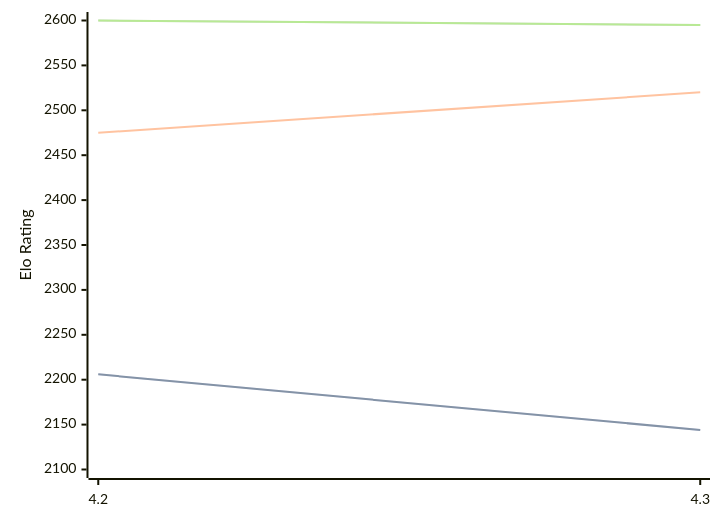
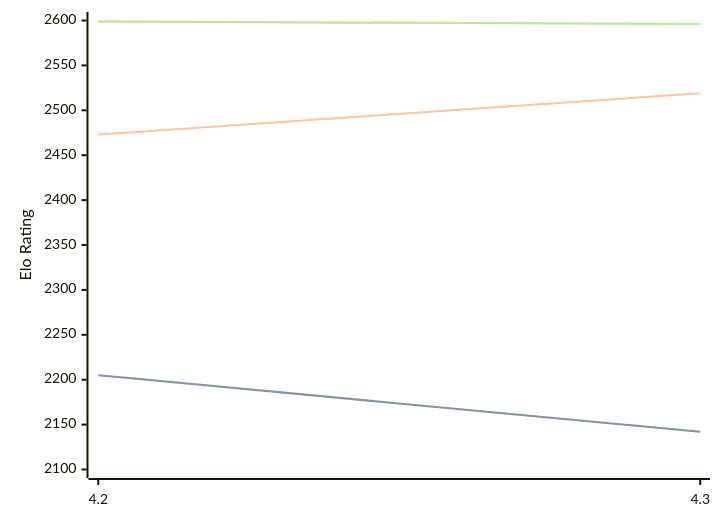
One commit to computer-chess-index/cci changed the diagram in engines/Eubos.md. Above: the diagram before and after it, drawn with Mermaid. The commit also changed other lines of this file, not shown here.

Commit message:
Update CCI Ratings (ELO VLTC) - 2026-03-07

````diff
--- a/engines/Eubos.md
+++ b/engines/Eubos.md
@@ -86,11 +86,11 @@
 ```mermaid
 %%{init: {"theme":"base","themeVariables":{"seriesColors:['#a3a3a3','#222221','#faa371']}}}%%
 xychart-beta
   x-axis ["4.2", "4.3"]
   y-axis "Elo Rating" 2100 --> 2600
-  line "STC (8.0+0.08s)" [2206, 2144]
-  line "STC (8.0+0.08s)" [2206, 2144]
-  line "LTC (60.0+0.60s)" [2475, 2520]
-  line "VLTC (2m24s+1.12s)" [2600, 2595]
-  line "VLTC (2m24s+1.12s)" [2600, 2595]
+  line "STC (8.0+0.08s)" [2205, 2142]
+  line "STC (8.0+0.08s)" [2205, 2142]
+  line "LTC (60.0+0.60s)" [2473, 2519]
+  line "VLTC (2m24s+1.12s)" [2599, 2596]
+  line "VLTC (2m24s+1.12s)" [2599, 2596]
 ```
````
